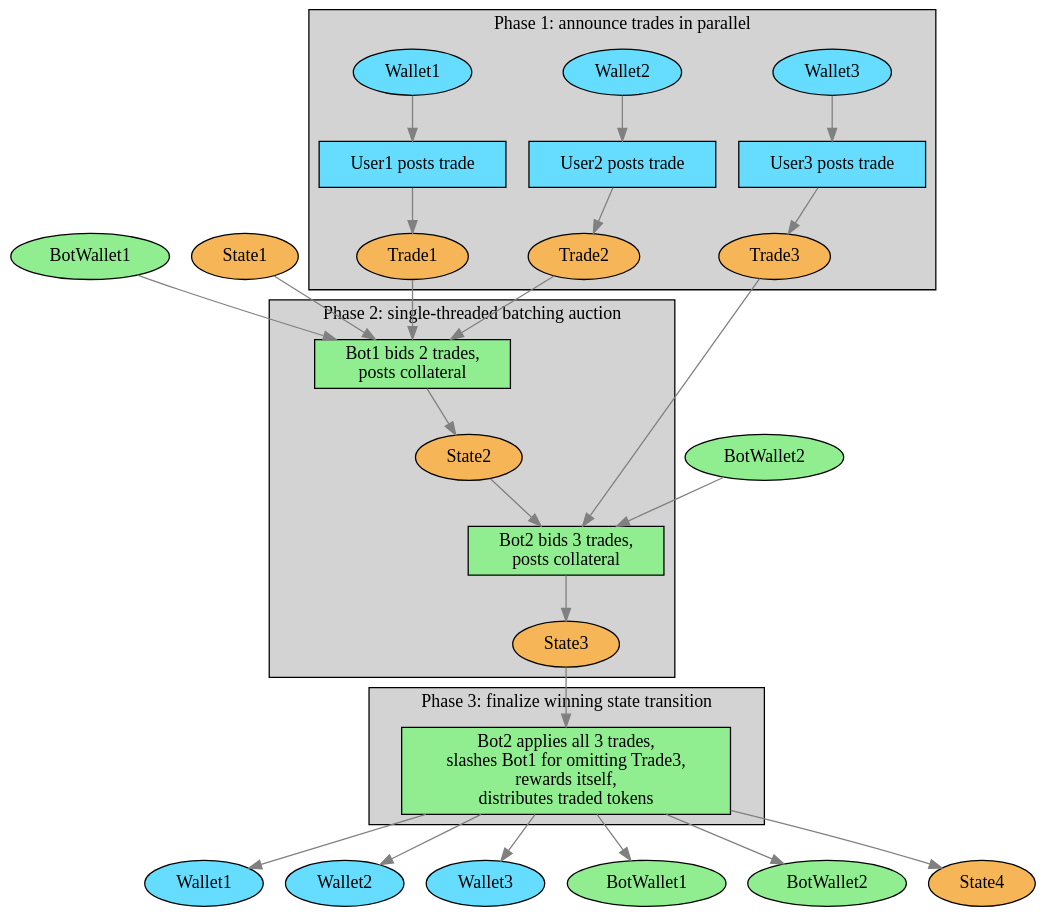
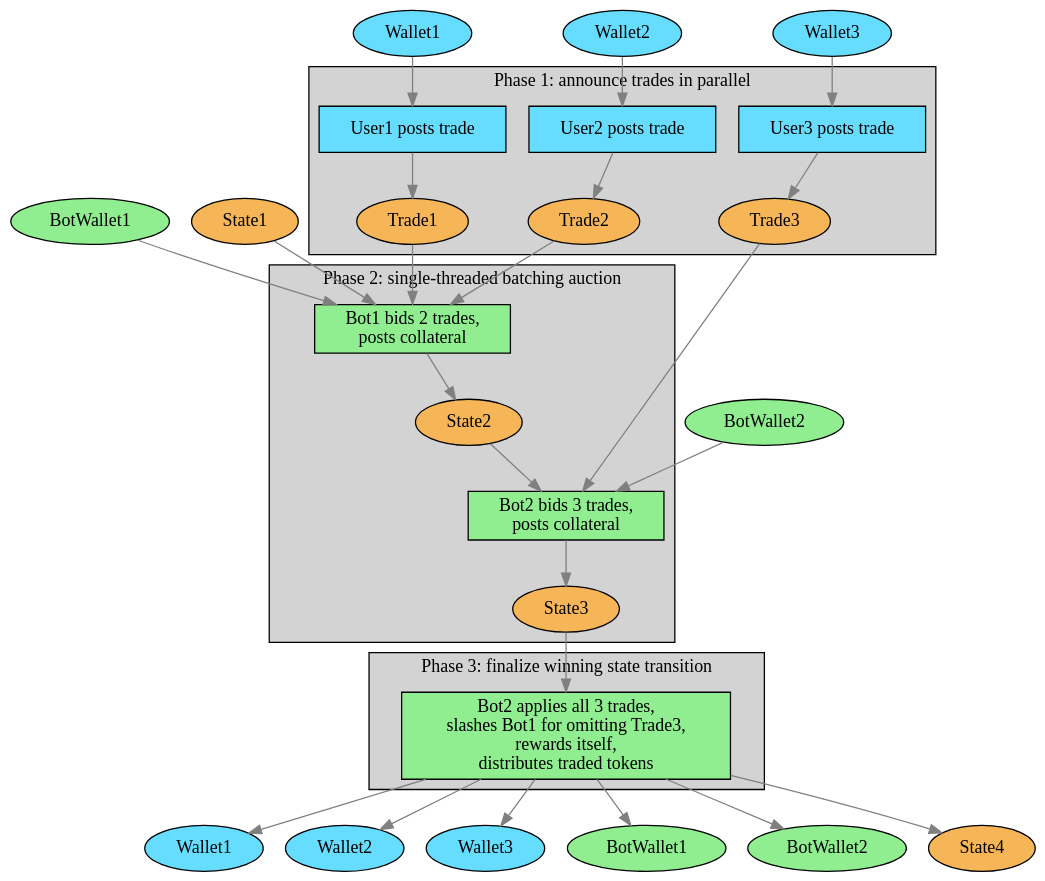
Before and after one commit to jefdaj/cryptoisland: the diagram in src/posts/2021/09/10/simple-cardano-batching-bots/batching-protocol.dot, drawn with Graphviz. The commit also changed 1 other file, not shown here.

```diff
--- a/src/posts/2021/09/10/simple-cardano-batching-bots/batching-protocol.dot
+++ b/src/posts/2021/09/10/simple-cardano-batching-bots/batching-protocol.dot
@@ -1,74 +1,79 @@
 digraph protocol {
   rankdir=TB
   bgcolor=transparent
   node [style=filled, fillcolor=white]
   edge [color=grey]
 
   // nodes outside the protocol
+  Wallet1 [fillcolor="#66ddff"]
   Wallet2 [fillcolor="#66ddff"]
-  Wallet1 [fillcolor="#66ddff"]
   Wallet3 [fillcolor="#66ddff"]
   BotWallet1 [fillcolor=lightgreen]
   BotWallet2 [fillcolor=lightgreen]
   Wallet1p [label="Wallet1", fillcolor="#66ddff"]
   Wallet2p [label="Wallet2", fillcolor="#66ddff"]
   Wallet3p [label="Wallet3", fillcolor="#66ddff"]
   BotWallet1p [label="BotWallet1", fillcolor=lightgreen]
   BotWallet2p [label="BotWallet2", fillcolor=lightgreen]
+  State1 [fillcolor="#F6B657"]
   State4 [fillcolor="#F6B657"]
-  State1 [fillcolor="#F6B657"]
+
+  node [shape=rect, fillcolor="#66ddff"]
+  UserWallet3 [label="User3 posts trade"]
+  UserWallet2 [label="User2 posts trade"]
+  UserWallet1 [label="User1 posts trade"]
+
+  node [shape=oval, fillcolor=white]
+  Wallet3 -> UserWallet3
+  Wallet1 -> UserWallet1
+  Wallet2 -> UserWallet2
 
   subgraph cluster_phase1 {
     bgcolor=lightgrey
     label="Phase 1: announce trades in parallel"
-    node [shape=rect, fillcolor="#66ddff"]
-    UserWallet1 [label="User1 posts trade"]
-    UserWallet3 [label="User3 posts trade"]
-    UserWallet2 [label="User2 posts trade"]
     node [shape=oval]
     Trade1 [fillcolor="#F6B657"]
     Trade2 [fillcolor="#F6B657"]
     Trade3 [fillcolor="#F6B657"]
 
-    node [shape=oval, fillcolor=white]
-    Wallet3 -> UserWallet3 -> Trade3
-    Wallet1 -> UserWallet1 -> Trade1
-    Wallet2 -> UserWallet2 -> Trade2
+    UserWallet3 -> Trade3
+    UserWallet1 -> Trade1
+    UserWallet2 -> Trade2
   }
   
   subgraph cluster_phase2 {
     bgcolor=lightgrey
     label="Phase 2: single-threaded batching auction"
     Batch1 [label="Bot1 bids 2 trades,\nposts collateral", shape=rect, fillcolor=lightgreen]
     Batch2 [label="Bot2 bids 3 trades,\nposts collateral", shape=rect, fillcolor=lightgreen]
     State2 [fillcolor="#F6B657"]
     State3 [fillcolor="#F6B657"]
   }
 
   subgraph cluster_phase3 {
     bgcolor=lightgrey
     label="Phase 3: finalize winning state transition"
     Finalize [shape=rect, fillcolor=lightgreen, label="Bot2 applies all 3 trades,\nslashes Bot1 for omitting Trade3,\nrewards itself,\ndistributes traded tokens"]
   }
 
   State2
   State3
 
-  BotWallet1 -> Batch1
+  State1 -> Batch1 -> State2
   Trade1 -> Batch1
   Trade2 -> Batch1
-  State1 -> Batch1 -> State2
+  BotWallet1 -> Batch1
   
   BotWallet2 -> Batch2
   Trade3 -> Batch2
   
   State2 -> Batch2 -> State3
 
   State3 -> Finalize
   Finalize -> Wallet1p
   Finalize -> Wallet2p
   Finalize -> Wallet3p
   Finalize -> BotWallet1p
   Finalize -> BotWallet2p
   Finalize -> State4
 }
```
